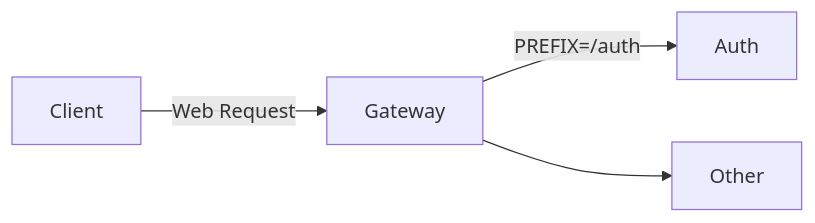
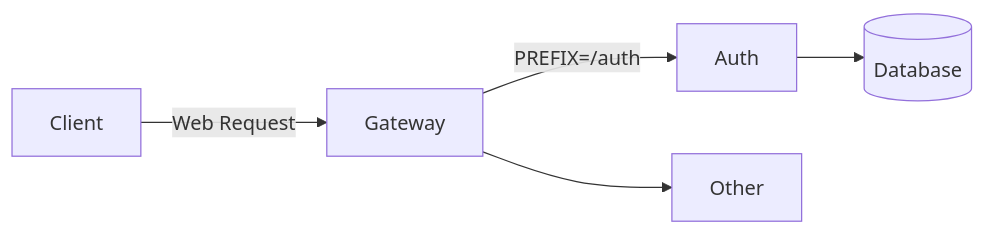
Before and after one commit to tzq0301/pcs: the diagram in README.md, drawn with Mermaid.

Commit message:
feat(README.md): 修改了 README.md 中的"微服务通信图"

````diff
--- a/README.md
+++ b/README.md
@@ -27,6 +27,7 @@
 ```mermaid
 flowchart LR
     client[Client] -->|Web Request| gateway[Gateway]
     gateway -->|PREFIX=/auth| auth[Auth]
+    auth --> db[(Database)]
     gateway --> other[Other]
  ```
````
